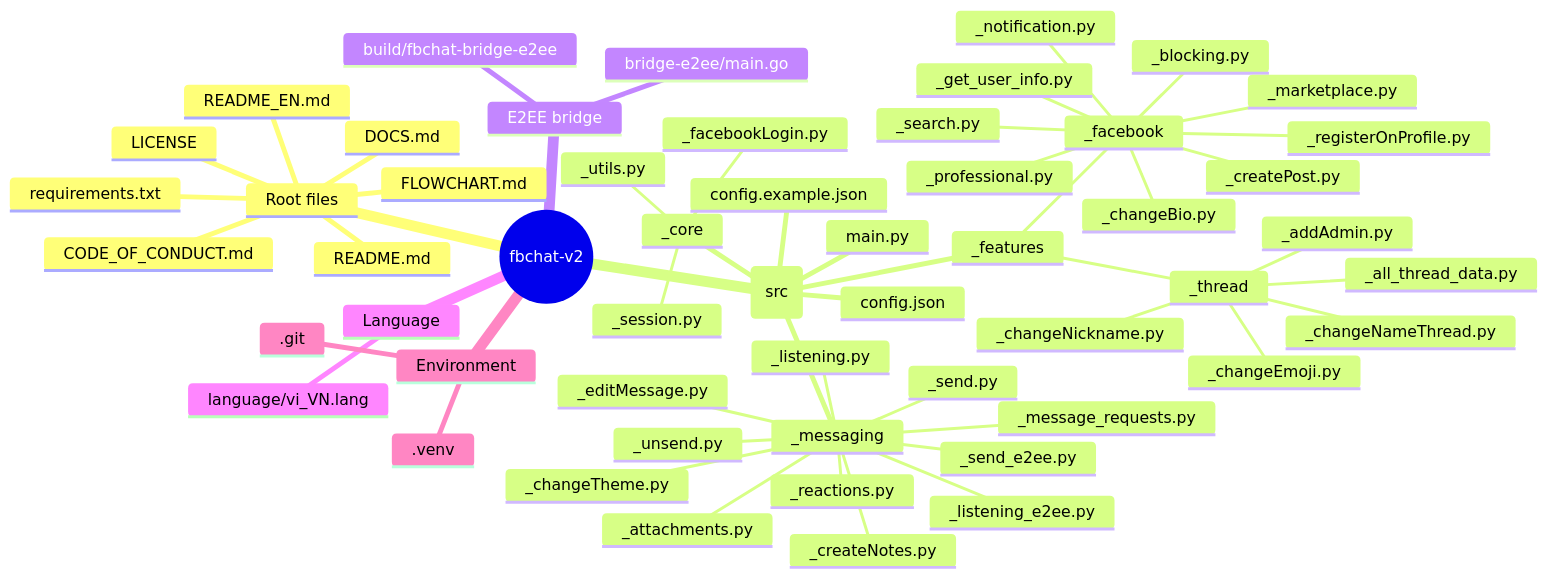
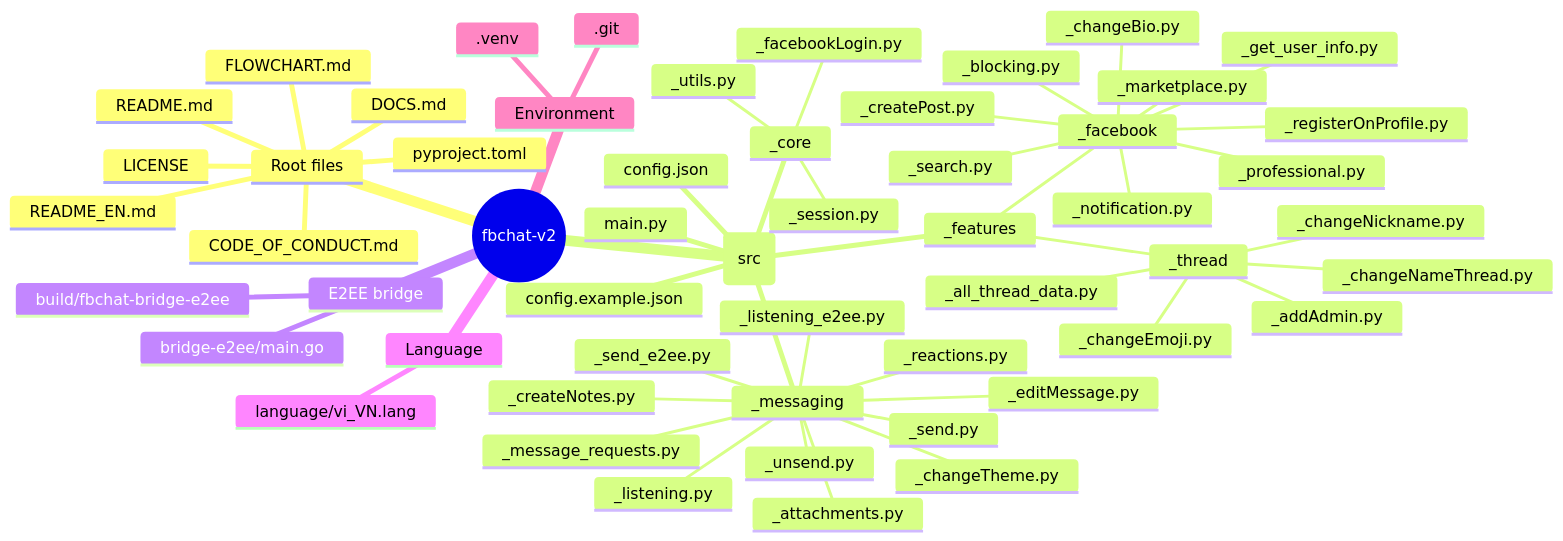
Before and after one commit to m008v/fbchat-v2: the second of 2 diagrams in README_EN.md, drawn with Mermaid. The commit also changed other lines of this file and 10 other files, not shown here.

Commit message:
build(deps): switch to pyproject.toml and update documentation

````diff
--- a/README_EN.md
+++ b/README_EN.md
@@ -177,57 +177,57 @@
 ```mermaid
 mindmap
   root((fbchat-v2))
     Root files
       README.md
       README_EN.md
       DOCS.md
       FLOWCHART.md
       CODE_OF_CONDUCT.md
       LICENSE
-      requirements.txt
+      pyproject.toml
     Source (src)
       main.py
       config.example.json
       config.json
       _core
         _facebookLogin.py
         _session.py
         _utils.py
       _features
         _facebook
           _blocking.py
           _changeBio.py
           _createPost.py
           _get_user_info.py
           _marketplace.py
           _notification.py
           _professional.py
           _registerOnProfile.py
           _search.py
         _thread
           _addAdmin.py
           _all_thread_data.py
           _changeEmoji.py
           _changeNameThread.py
           _changeNickname.py
       _messaging
         _attachments.py
         _changeTheme.py
         _createNotes.py
         _editMessage.py
         _listening.py
         _listening_e2ee.py
         _message_requests.py
         _reactions.py
         _send.py
         _send_e2ee.py
         _unsend.py
     E2EE bridge
       bridge-e2ee/main.go
       build/fbchat-bridge-e2ee
     Language
       language/vi_VN.lang
     Environment
       .venv
       .git
 ```
````
